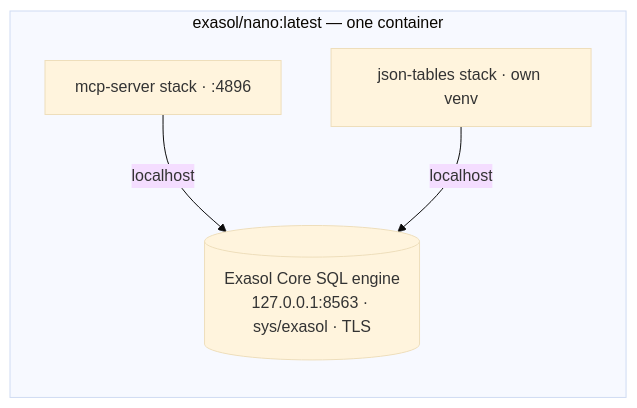
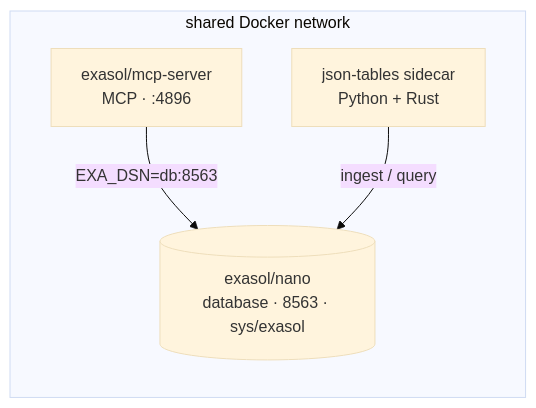
One commit to krishna-exasol/bundle-installation-methods changed the diagram in docs/case-studies/nano-jsontables-mcp.md. Above: the diagram before and after it, drawn with Mermaid (base theme). The commit also changed other lines of this file and 6 other files, not shown here.

Commit message:
Doc accuracy pass: public Nano image lacks --provision-stacks; reframe Nano method to sidecar/Compose (works today, tested), stacks as roadmap; fix compose MCP port/env, version pins, quickstart 0.1.1

````diff
--- a/docs/case-studies/nano-jsontables-mcp.md
+++ b/docs/case-studies/nano-jsontables-mcp.md
@@ -27,11 +33,11 @@
 ```mermaid
 flowchart TB
-    subgraph nano["exasol/nano:latest — one container"]
+    subgraph net["shared Docker network"]
         direction TB
-        DB[("Exasol Core SQL engine<br/>127.0.0.1:8563 · sys/exasol · TLS")]
-        MCP["mcp-server stack · :4896"]
-        JT["json-tables stack · own venv"]
-        MCP -->|localhost| DB
-        JT -->|localhost| DB
+        DB[("exasol/nano<br/>database · 8563 · sys/exasol")]
+        MCP["exasol/mcp-server<br/>MCP · :4896"]
+        JT["json-tables sidecar<br/>Python + Rust"]
+        MCP -->|EXA_DSN=db:8563| DB
+        JT -->|ingest / query| DB
     end
 ```
````
